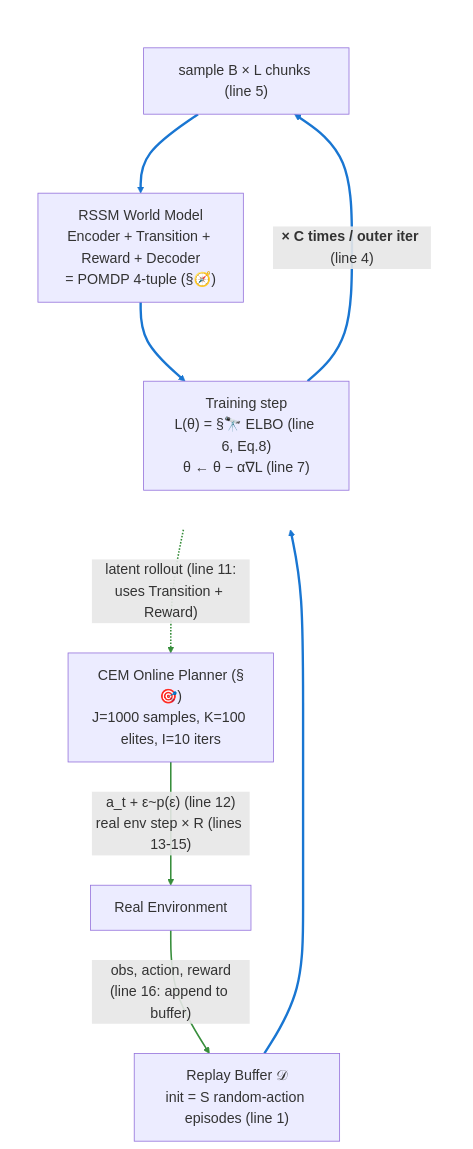
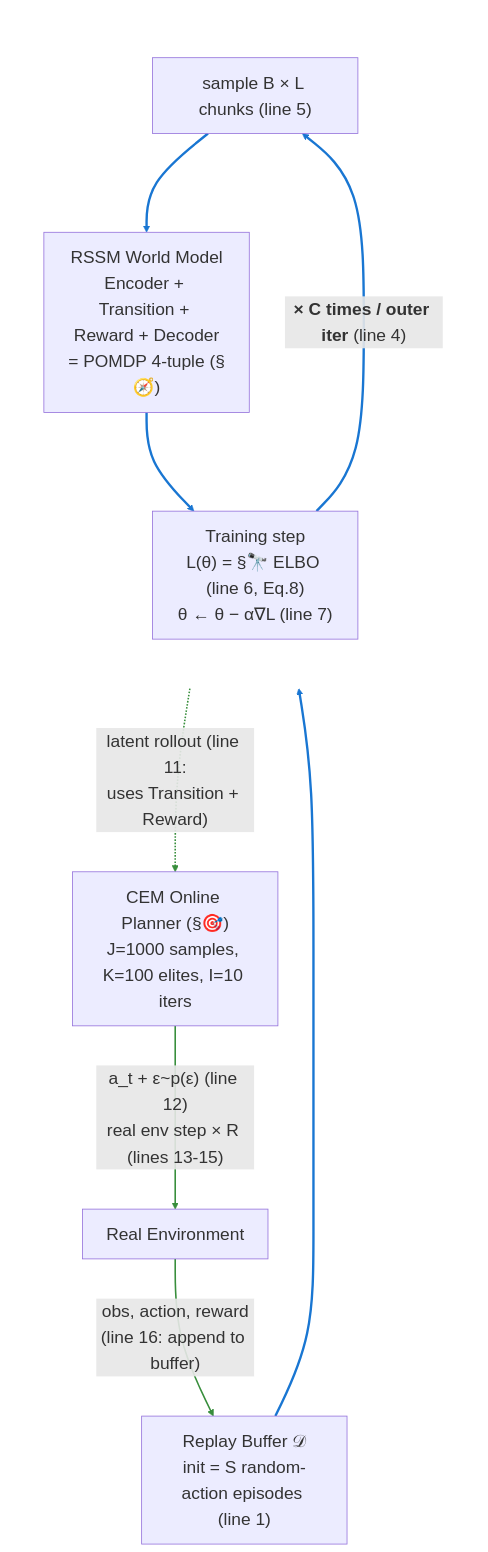
One commit to jinxinzhou/world-model-study changed the seventh of 7 diagrams in World-Model-Study-Notes.md. Above: the diagram before and after it, drawn with Mermaid. The commit also changed 1 other file, not shown here.

Commit message:
docs: further enlarge mermaid (fontSize 22, rankSpacing 100)

````diff
--- a/World-Model-Study-Notes.md
+++ b/World-Model-Study-Notes.md
@@ -2168,33 +2168,33 @@
 ```mermaid
-%%{init: {'themeVariables': {'fontSize': '18px'}, 'flowchart': {'nodeSpacing': 55, 'rankSpacing': 75}}}%%
+%%{init: {'themeVariables': {'fontSize': '22px'}, 'flowchart': {'nodeSpacing': 70, 'rankSpacing': 100}}}%%
 flowchart TD
     Env["Real Environment"]
     Buffer["Replay Buffer 𝒟<br/>init = S random-action episodes (line 1)"]
 
     subgraph A_phase [" "]
         direction TB
         Sample["sample B × L chunks (line 5)"]
         RSSM["RSSM World Model<br/>Encoder + Transition + Reward + Decoder<br/>= POMDP 4-tuple (§🧭)"]
         Train["Training step<br/>L(θ) = §🔭 ELBO (line 6, Eq.8)<br/>θ ← θ − α∇L (line 7)"]
         Train -->|"<b>× C times / outer iter</b> (line 4)"| Sample
         Sample --> RSSM
         RSSM --> Train
     end
 
     CEM["CEM Online Planner (§🎯)<br/>J=1000 samples, K=100 elites, I=10 iters"]
 
     Env -->|"obs, action, reward<br/>(line 16: append to buffer)"| Buffer
     Buffer --> Sample
     RSSM -.->|"latent rollout (line 11:<br/>uses Transition + Reward)"| CEM
     CEM -->|"a_t + ε~p(ε) (line 12)<br/>real env step × R (lines 13-15)"| Env
 
     style A_phase fill:transparent,stroke:transparent
 
     linkStyle 0 stroke:#1976d2,stroke-width:3px
     linkStyle 1 stroke:#1976d2,stroke-width:3px
     linkStyle 2 stroke:#1976d2,stroke-width:3px
     linkStyle 3 stroke:#388e3c,stroke-width:2px
     linkStyle 4 stroke:#1976d2,stroke-width:3px
     linkStyle 5 stroke:#388e3c,stroke-width:2px
     linkStyle 6 stroke:#388e3c,stroke-width:2px
 ```
````
